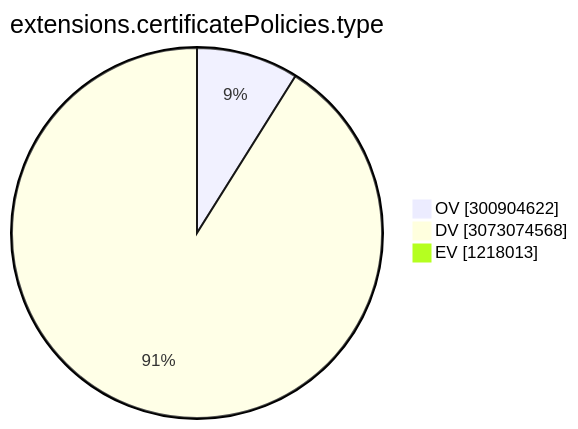
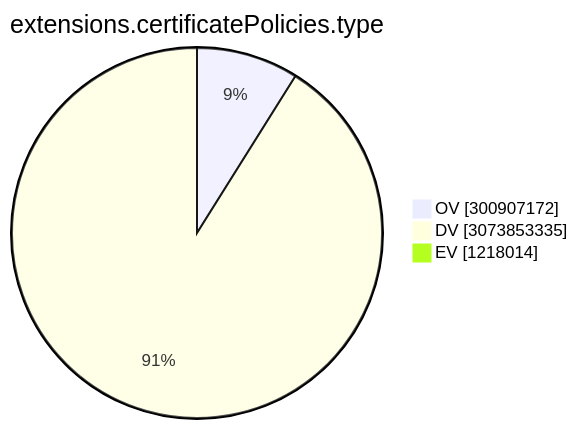
One commit to christiankrug/ctmonitor_visualization changed the ninth of 15 diagrams in TOTAL/README.md. Above: the diagram before and after it, drawn with Mermaid. The commit also changed other lines of this file, not shown here.

````diff
--- a/TOTAL/README.md
+++ b/TOTAL/README.md
@@ -3102,7 +3102,7 @@
 ```mermaid
 pie showData
 title extensions.certificatePolicies.type
-"OV" :300904622
-"DV" :3073074568
-"EV" :1218013
+"OV" :300907172
+"DV" :3073853335
+"EV" :1218014
 ```
````
